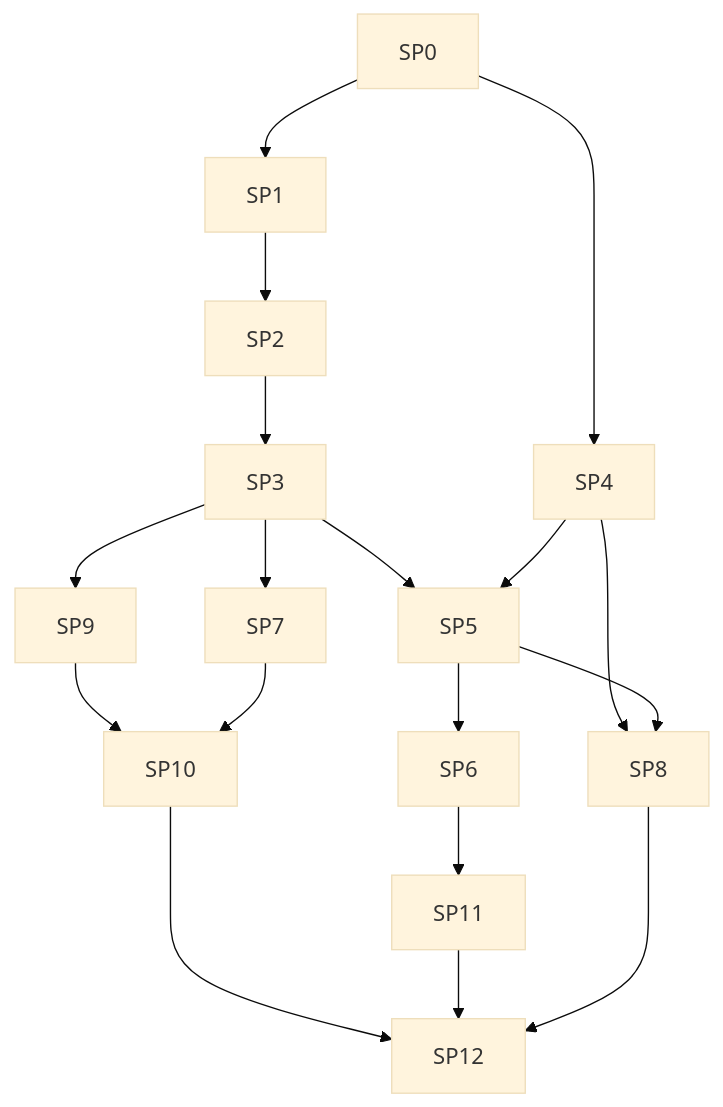
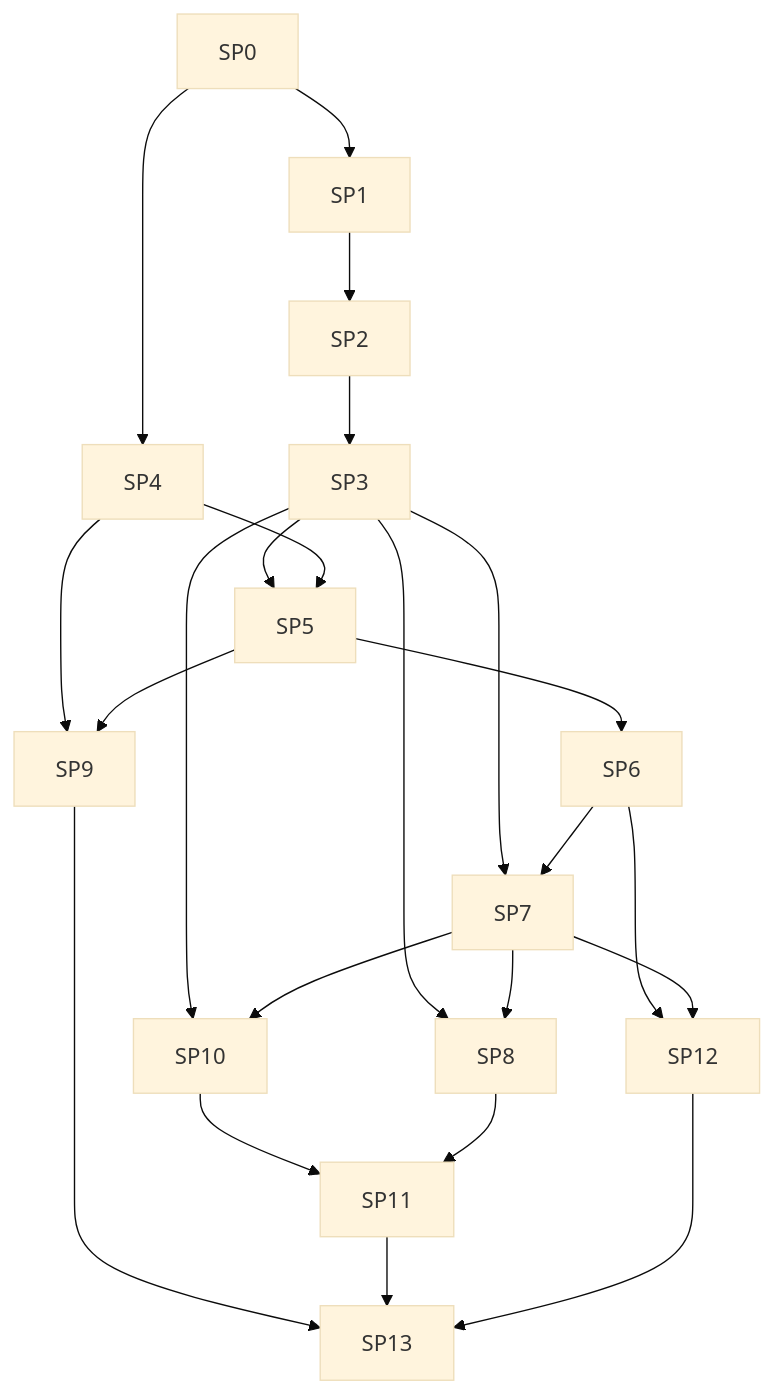
Before and after one commit to saschb2b/okf-studio: the second of 2 diagrams in docs/product/agent-specialization-roadmap.md, drawn with Mermaid (base theme). The commit also changed other lines of this file and 2 other files, not shown here.

Commit message:
Tighten the specialization roadmap contracts

````diff
--- a/docs/product/agent-specialization-roadmap.md
+++ b/docs/product/agent-specialization-roadmap.md
@@ -176,16 +248,21 @@
 ```mermaid
 flowchart TD
   SP0 --> SP1 --> SP2 --> SP3
   SP0 --> SP4
   SP3 --> SP5 --> SP6
   SP4 --> SP5
   SP3 --> SP7
-  SP4 --> SP8
-  SP5 --> SP8
-  SP3 --> SP9 --> SP10
+  SP6 --> SP7
+  SP3 --> SP8
+  SP7 --> SP8
+  SP4 --> SP9
+  SP5 --> SP9
+  SP3 --> SP10 --> SP11
   SP7 --> SP10
-  SP6 --> SP11
-  SP10 --> SP12
-  SP11 --> SP12
-  SP8 --> SP12
+  SP8 --> SP11
+  SP6 --> SP12
+  SP7 --> SP12
+  SP9 --> SP13
+  SP11 --> SP13
+  SP12 --> SP13
 ```
````
